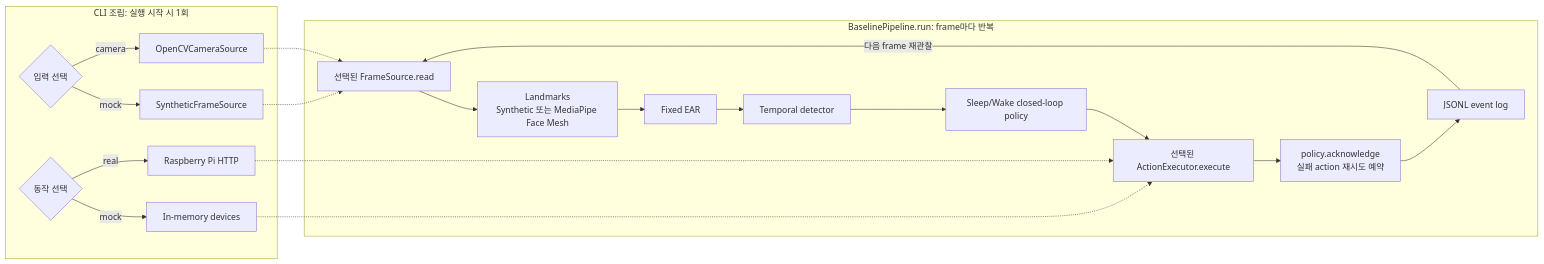
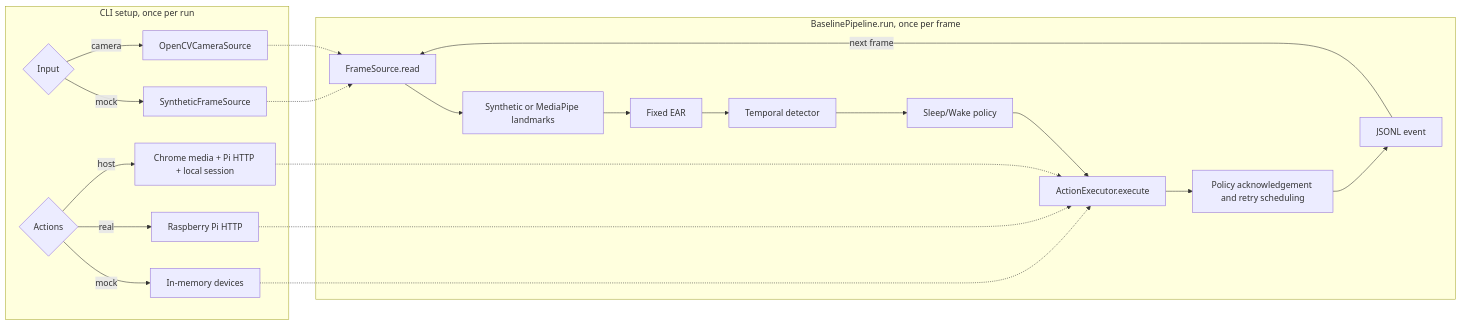
One commit to hsoo23/sleep-aware-smart-room changed the second of 2 diagrams in docs/ARCHITECTURE.md. Above: the diagram before and after it, drawn with Mermaid. The commit also changed other lines of this file and 23 other files, not shown here.

````diff
--- a/docs/ARCHITECTURE.md
+++ b/docs/ARCHITECTURE.md
@@ -42,23 +44,25 @@
 ```mermaid
 flowchart LR
-    subgraph setup[CLI 조립: 실행 시작 시 1회]
-        I{입력 선택} -->|mock| SF[SyntheticFrameSource]
+    subgraph setup[CLI setup, once per run]
+        I{Input} -->|mock| SF[SyntheticFrameSource]
         I -->|camera| OC[OpenCVCameraSource]
-        A{동작 선택} -->|mock| MA[In-memory devices]
+        A{Actions} -->|mock| MA[In-memory devices]
         A -->|real| HTTP[Raspberry Pi HTTP]
+        A -->|host| HOST[Chrome media + Pi HTTP + local session]
     end
-    subgraph loop[BaselinePipeline.run: frame마다 반복]
-        READ[선택된 FrameSource.read] --> LMK[Landmarks<br/>Synthetic 또는 MediaPipe Face Mesh]
+    subgraph loop[BaselinePipeline.run, once per frame]
+        READ[FrameSource.read] --> LMK[Synthetic or MediaPipe landmarks]
         LMK --> EAR[Fixed EAR]
         EAR --> TD[Temporal detector]
-        TD --> CP[Sleep/Wake closed-loop policy]
-        CP --> EX[선택된 ActionExecutor.execute]
-        EX --> ACK[policy.acknowledge<br/>실패 action 재시도 예약]
-        ACK --> LOG[JSONL event log]
-        LOG -->|다음 frame 재관찰| READ
+        TD --> CP[Sleep/Wake policy]
+        CP --> EX[ActionExecutor.execute]
+        EX --> ACK[Policy acknowledgement and retry scheduling]
+        ACK --> LOG[JSONL event]
+        LOG -->|next frame| READ
     end
     SF -.-> READ
     OC -.-> READ
     MA -.-> EX
     HTTP -.-> EX
+    HOST -.-> EX
 ```
````
